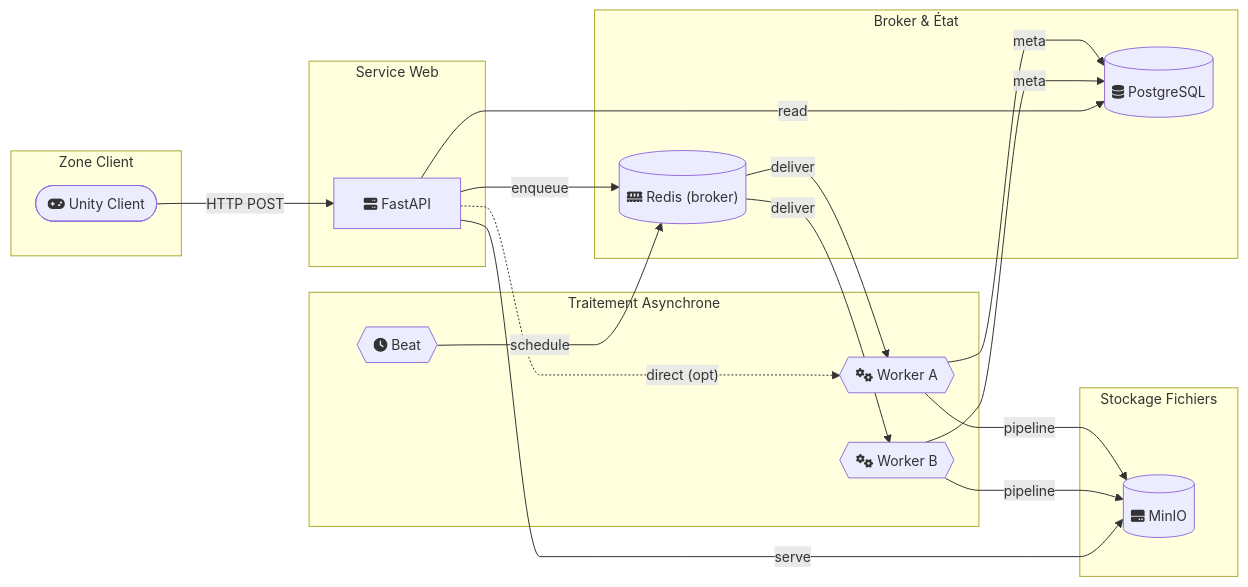
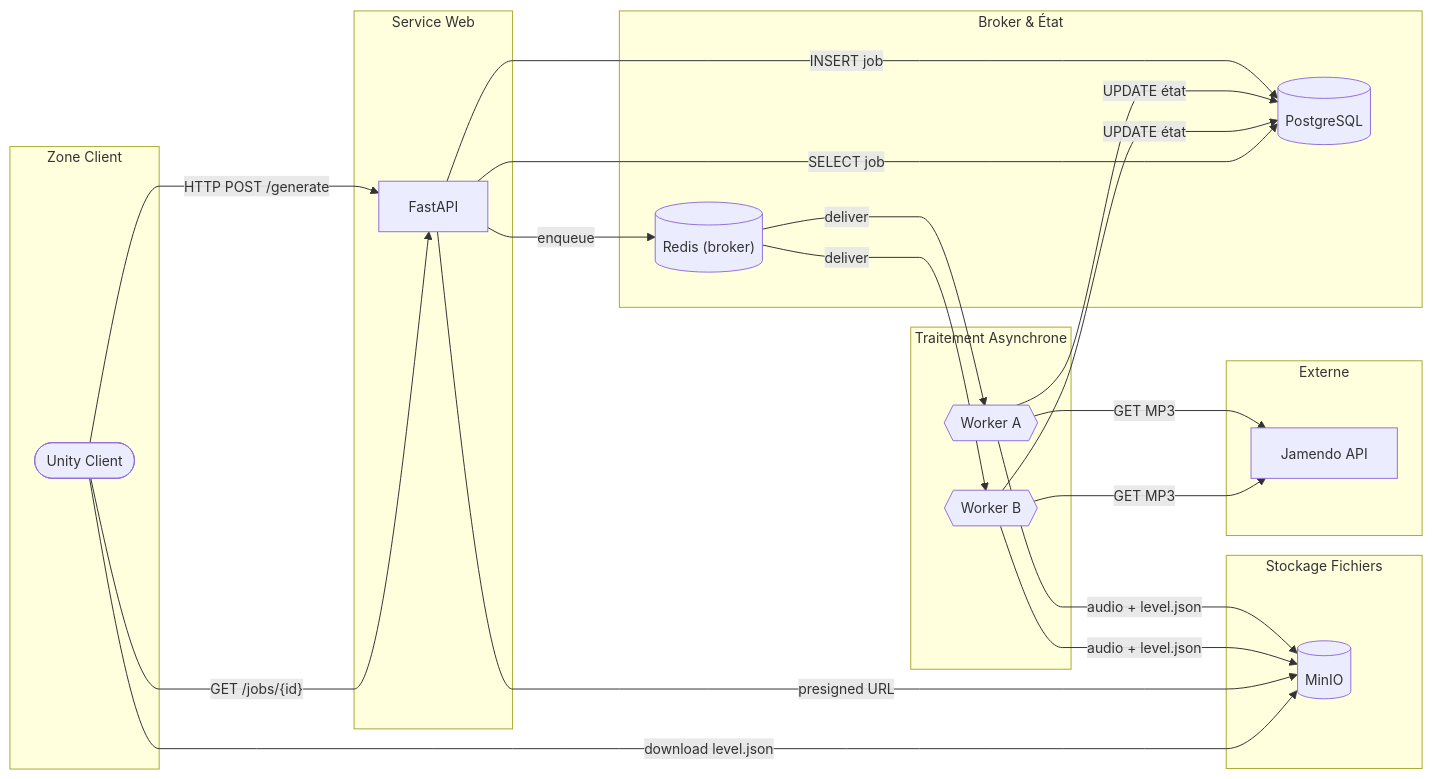
Before and after one commit to floorian651/pulsedash: the first of 2 diagrams in docs/dev/architecture.md, drawn with Mermaid. The commit also changed other lines of this file and 10 other files, not shown here.

Commit message:
docs: rename site to PulseDash, update architecture docs

````diff
--- a/docs/dev/architecture.md
+++ b/docs/dev/architecture.md
@@ -24,39 +21,45 @@
 ```mermaid
 %%{init: {'themeVariables': { 'fontFamily': 'Roboto', 'fontSize': '14px'}, 'flowchart': { 'curve': 'monotoneX' } } }%%
 flowchart LR
   subgraph Client [ Zone Client ]
-    Unity(["fa:fa-gamepad Unity Client"])
+    Unity(["Unity Client"])
   end
 
   subgraph API_Service [ Service Web ]
-    API["fa:fa-server FastAPI"]
+    API["FastAPI"]
   end
 
   subgraph Broker_Backend [ Broker & État ]
-    Redis[("fa:fa-memory Redis (broker)")]
-    Postgres[("fa:fa-database PostgreSQL")]
+    Redis[("Redis (broker)")]
+    Postgres[("PostgreSQL")]
   end
 
   subgraph Workers [ Traitement Asynchrone ]
-    Worker1{{"fa:fa-cogs Worker A"}}
-    Worker2{{"fa:fa-cogs Worker B"}}
-    Beat{{"fa:fa-clock Beat"}}
+    Worker1{{"Worker A"}}
+    Worker2{{"Worker B"}}
   end
 
   subgraph Storage [ Stockage Fichiers ]
-    MinIO[("fa:fa-hdd MinIO")]
+    MinIO[("MinIO")]
   end
 
-  Unity -->|"HTTP POST"| API
+  subgraph External [ Externe ]
+    Jamendo["Jamendo API"]
+  end
+
+  Unity -->|"HTTP POST /generate"| API
+  API -->|"INSERT job"| Postgres
   API -->|"enqueue"| Redis
-  API -.->|"direct (opt)"| Worker1
-  Beat -->|"schedule"| Redis
   Redis -->|"deliver"| Worker1
   Redis -->|"deliver"| Worker2
-  Worker1 -->|"pipeline"| MinIO
-  Worker2 -->|"pipeline"| MinIO
-  Worker1 -->|"meta"| Postgres
-  Worker2 -->|"meta"| Postgres
-  API -->|"read"| Postgres
-  API -->|"serve"| MinIO
+  Worker1 -->|"GET MP3"| Jamendo
+  Worker2 -->|"GET MP3"| Jamendo
+  Worker1 -->|"audio + level.json"| MinIO
+  Worker2 -->|"audio + level.json"| MinIO
+  Worker1 -->|"UPDATE état"| Postgres
+  Worker2 -->|"UPDATE état"| Postgres
+  API -->|"SELECT job"| Postgres
+  API -->|"presigned URL"| MinIO
+  Unity -->|"GET /jobs/{id}"| API
+  Unity -->|"download level.json"| MinIO
 ```
````
